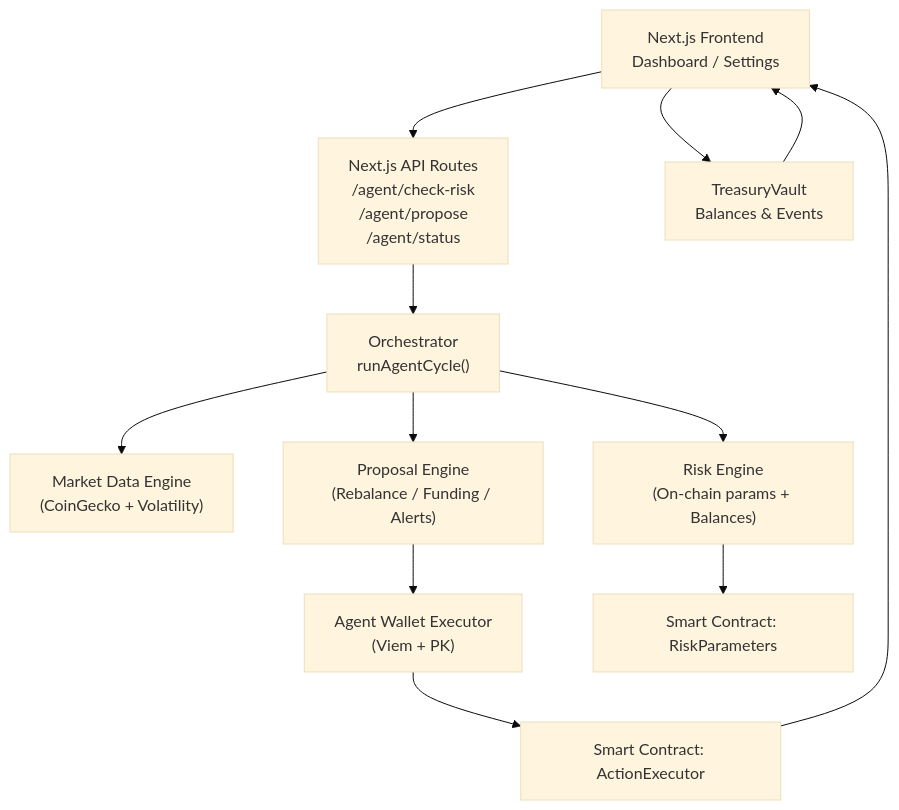
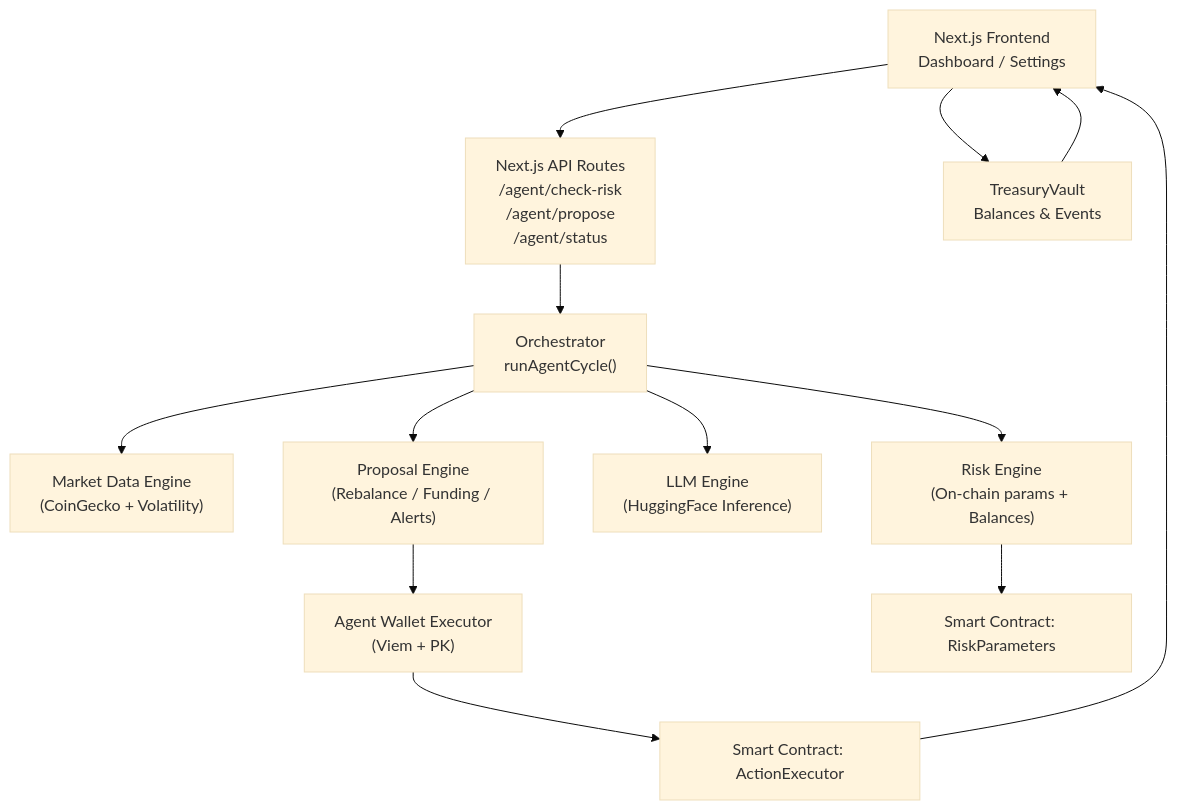
Before and after one commit to gethsun1/autonomous-treasury-guardian: the first of 2 diagrams in README.md, drawn with Mermaid (base theme). The commit also changed other lines of this file and 9 other files, not shown here.

````diff
--- a/README.md
+++ b/README.md
@@ -34,14 +37,15 @@
 ```mermaid
 flowchart TD
     UI["Next.js Frontend<br/>Dashboard / Settings"] --> API["Next.js API Routes<br/>/agent/check-risk<br/>/agent/propose<br/>/agent/status"]
     API --> Orchestrator["Orchestrator<br/>runAgentCycle()"]
     Orchestrator --> MarketData["Market Data Engine<br/>(CoinGecko + Volatility)"]
     Orchestrator --> RiskEngine["Risk Engine<br/>(On-chain params + Balances)"]
+    Orchestrator --> LLM["LLM Engine<br/>(HuggingFace Inference)"]
     Orchestrator --> ProposalEngine["Proposal Engine<br/>(Rebalance / Funding / Alerts)"]
     ProposalEngine --> Executor["Agent Wallet Executor<br/>(Viem + PK)"]
     Executor --> ActionExecutor["Smart Contract: ActionExecutor"]
     RiskEngine --> RiskParameters["Smart Contract: RiskParameters"]
     UI --> TreasuryVault["TreasuryVault<br/>Balances & Events"]
     TreasuryVault --> UI
     ActionExecutor --> UI
 ```
````
